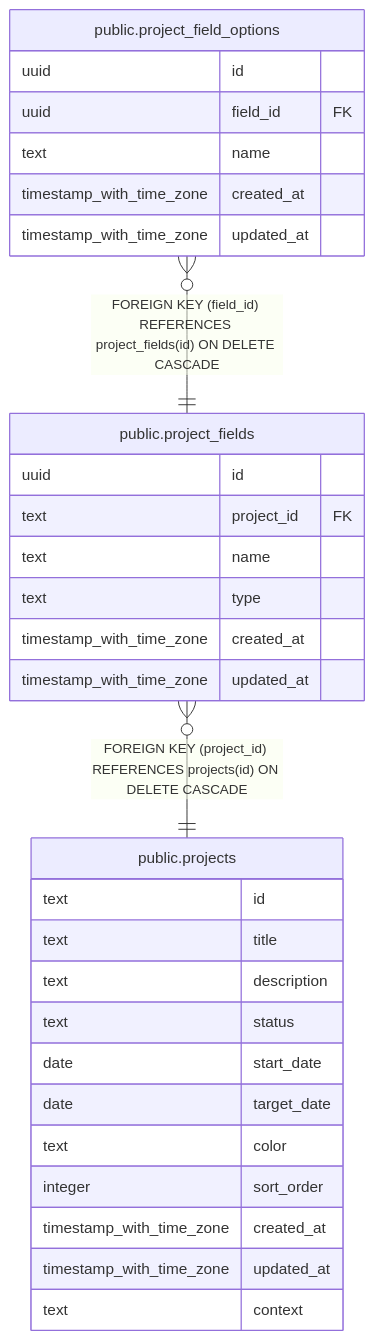
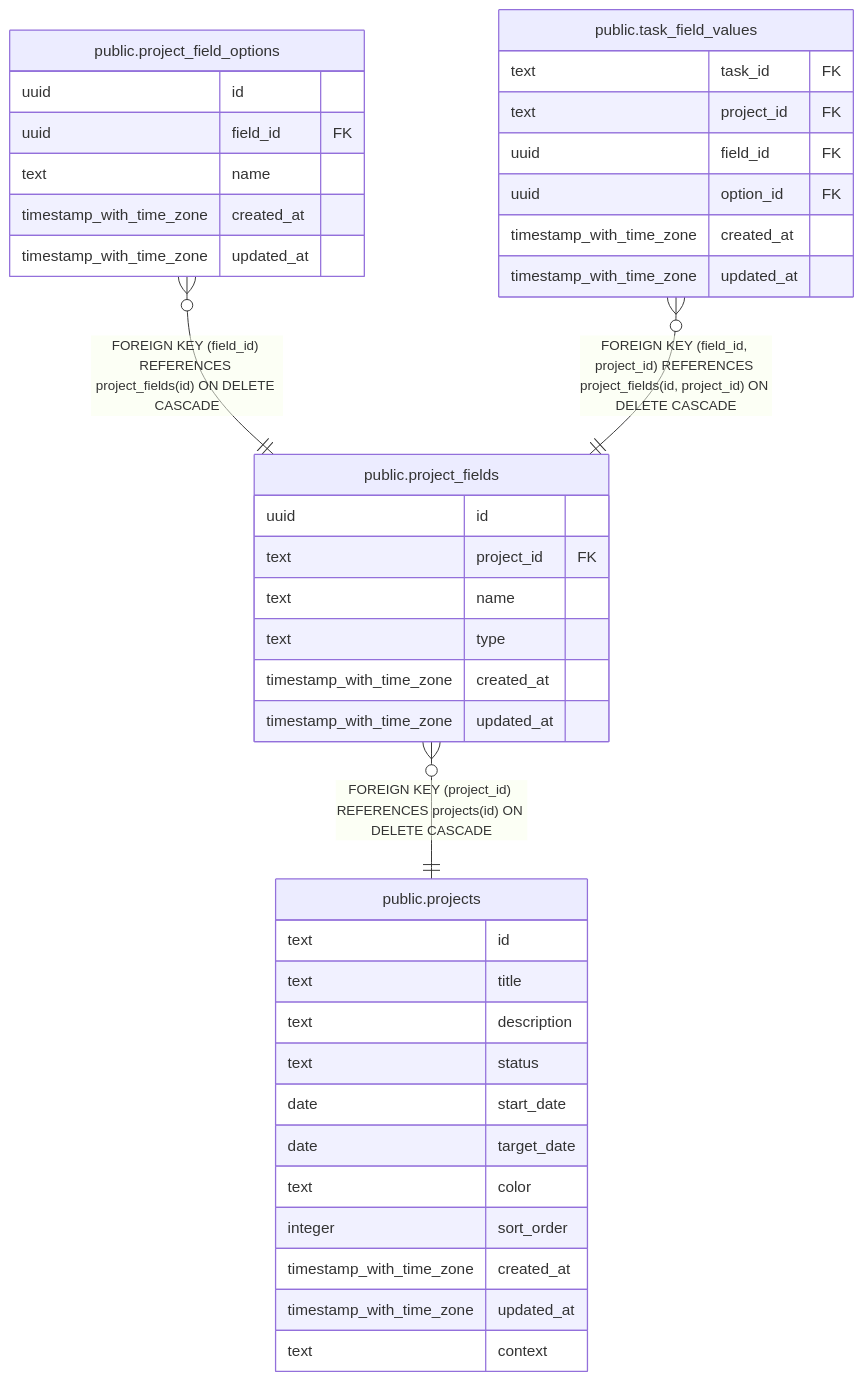
The diagram in api/docs/db/public.project_fields.md (fohte/tq), drawn with Mermaid before and after one commit. The commit also changed other lines of this file and 53 other files, not shown here.

````diff
--- a/api/docs/db/public.project_fields.md
+++ b/api/docs/db/public.project_fields.md
@@ -44,35 +44,44 @@
 ```mermaid
 erDiagram
 
 "public.project_field_options" }o--|| "public.project_fields" : "FOREIGN KEY (field_id) REFERENCES project_fields(id) ON DELETE CASCADE"
+"public.task_field_values" }o--|| "public.project_fields" : "FOREIGN KEY (field_id, project_id) REFERENCES project_fields(id, project_id) ON DELETE CASCADE"
 "public.project_fields" }o--|| "public.projects" : "FOREIGN KEY (project_id) REFERENCES projects(id) ON DELETE CASCADE"
 
 "public.project_fields" {
   uuid id
   text project_id FK
   text name
   text type
   timestamp_with_time_zone created_at
   timestamp_with_time_zone updated_at
 }
 "public.project_field_options" {
   uuid id
   uuid field_id FK
   text name
   timestamp_with_time_zone created_at
   timestamp_with_time_zone updated_at
 }
+"public.task_field_values" {
+  text task_id FK
+  text project_id FK
+  uuid field_id FK
+  uuid option_id FK
+  timestamp_with_time_zone created_at
+  timestamp_with_time_zone updated_at
+}
 "public.projects" {
   text id
   text title
   text description
   text status
   date start_date
   date target_date
   text color
   integer sort_order
   timestamp_with_time_zone created_at
   timestamp_with_time_zone updated_at
   text context
 }
 ```
````
